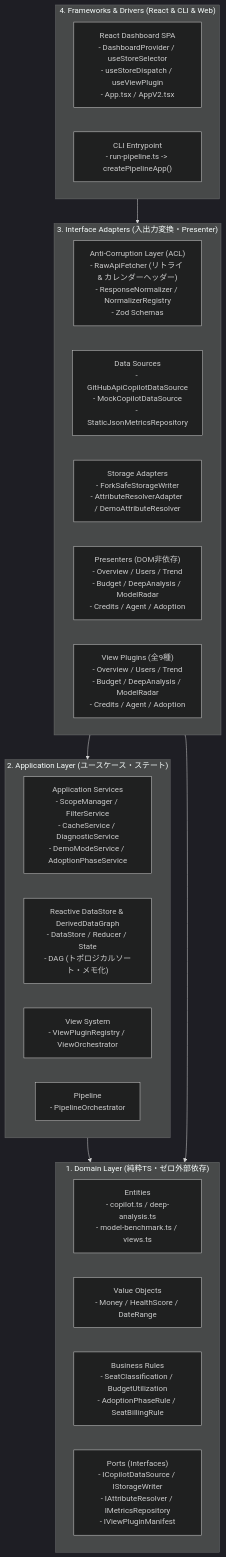
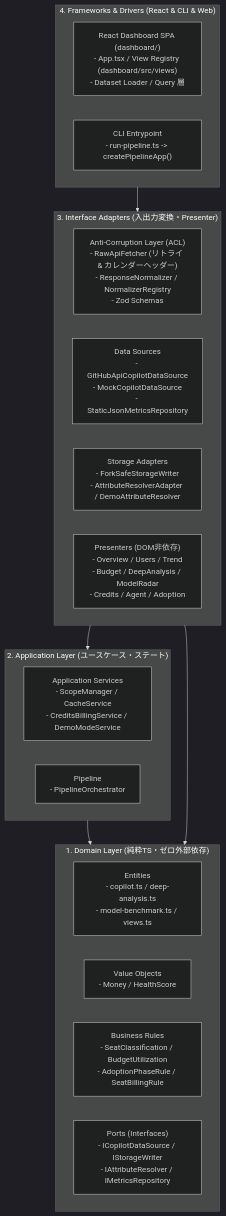
The second of 2 diagrams in docs/specifications/02_system_architecture.ja.md (sun-flat-yamada/github-copilot-dashboard), drawn with Mermaid (dark theme) before and after one commit. The commit also changed other lines of this file and 80 other files, not shown here.

First line of the commit message:
refactor: remove dead modules and the DataStore path, add import-direction test (P2-5)

````diff
--- a/docs/specifications/02_system_architecture.ja.md
+++ b/docs/specifications/02_system_architecture.ja.md
@@ -162,34 +162,31 @@
 ```mermaid
 flowchart TD
     subgraph Domain["1. Domain Layer (純粋TS・ゼロ外部依存)"]
         Entities["Entities\n- copilot.ts / deep-analysis.ts\n- model-benchmark.ts / views.ts"]
-        VO["Value Objects\n- Money / HealthScore / DateRange"]
+        VO["Value Objects\n- Money / HealthScore"]
         Rules["Business Rules\n- SeatClassification / BudgetUtilization\n- AdoptionPhaseRule / SeatBillingRule"]
-        Ports["Ports (Interfaces)\n- ICopilotDataSource / IStorageWriter\n- IAttributeResolver / IMetricsRepository\n- IViewPluginManifest"]
+        Ports["Ports (Interfaces)\n- ICopilotDataSource / IStorageWriter\n- IAttributeResolver / IMetricsRepository"]
     end
 
     subgraph Application["2. Application Layer (ユースケース・ステート)"]
-        Services["Application Services\n- ScopeManager / FilterService\n- CacheService / DiagnosticService\n- DemoModeService / AdoptionPhaseService"]
-        Store["Reactive DataStore & DerivedDataGraph\n- DataStore / Reducer / State\n- DAG (トポロジカルソート・メモ化)"]
-        Views["View System\n- ViewPluginRegistry / ViewOrchestrator"]
+        Services["Application Services\n- ScopeManager / CacheService\n- CreditsBillingService / DemoModeService"]
         Pipeline["Pipeline\n- PipelineOrchestrator"]
     end
 
     subgraph Adapters["3. Interface Adapters (入出力変換・Presenter)"]
         ACL["Anti-Corruption Layer (ACL)\n- RawApiFetcher (リトライ & カレンダーヘッダー)\n- ResponseNormalizer / NormalizerRegistry\n- Zod Schemas"]
         DataSources["Data Sources\n- GitHubApiCopilotDataSource\n- MockCopilotDataSource\n- StaticJsonMetricsRepository"]
         StorageAdapters["Storage Adapters\n- ForkSafeStorageWriter\n- AttributeResolverAdapter / DemoAttributeResolver"]
         Presenters["Presenters (DOM非依存)\n- Overview / Users / Trend\n- Budget / DeepAnalysis / ModelRadar\n- Credits / Agent / Adoption"]
-        ViewPlugins["View Plugins (全9種)\n- Overview / Users / Trend\n- Budget / DeepAnalysis / ModelRadar\n- Credits / Agent / Adoption"]
     end
 
     subgraph Frameworks["4. Frameworks & Drivers (React & CLI & Web)"]
-        ReactUI["React Dashboard SPA\n- DashboardProvider / useStoreSelector\n- useStoreDispatch / useViewPlugin\n- App.tsx / AppV2.tsx"]
+        ReactUI["React Dashboard SPA (dashboard/)\n- App.tsx / View Registry (dashboard/src/views)\n- Dataset Loader / Query 層"]
         CLI["CLI Entrypoint\n- run-pipeline.ts -> createPipelineApp()"]
     end
 
     Frameworks --> Adapters
     Adapters --> Application
     Application --> Domain
     Adapters --> Domain
 ```
````
